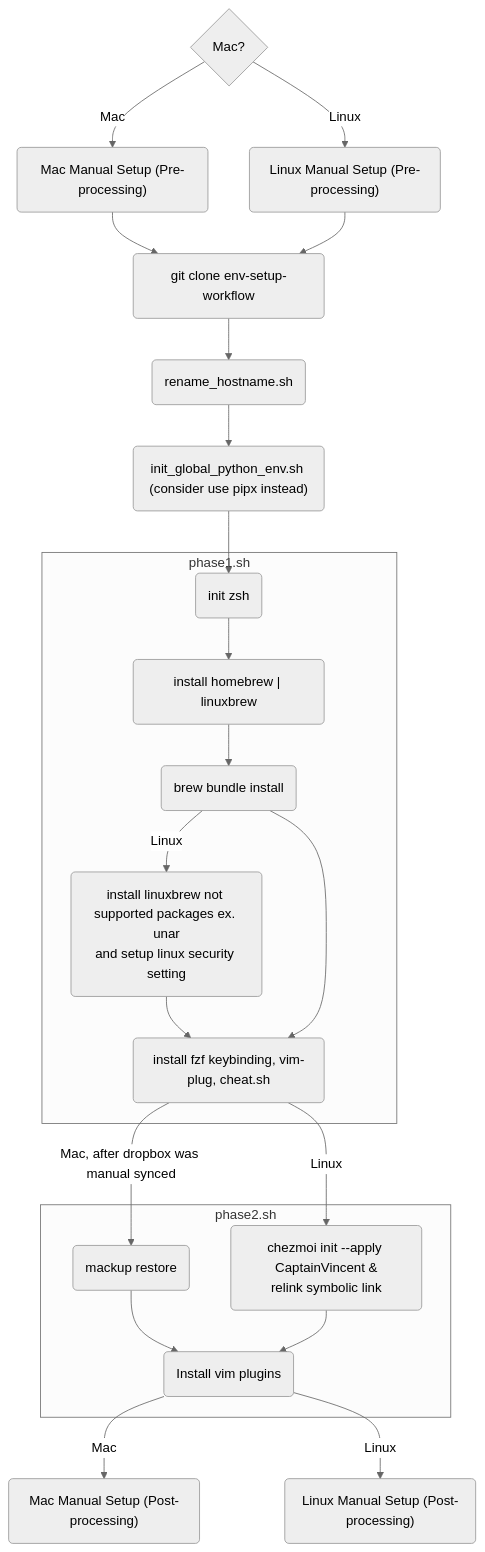
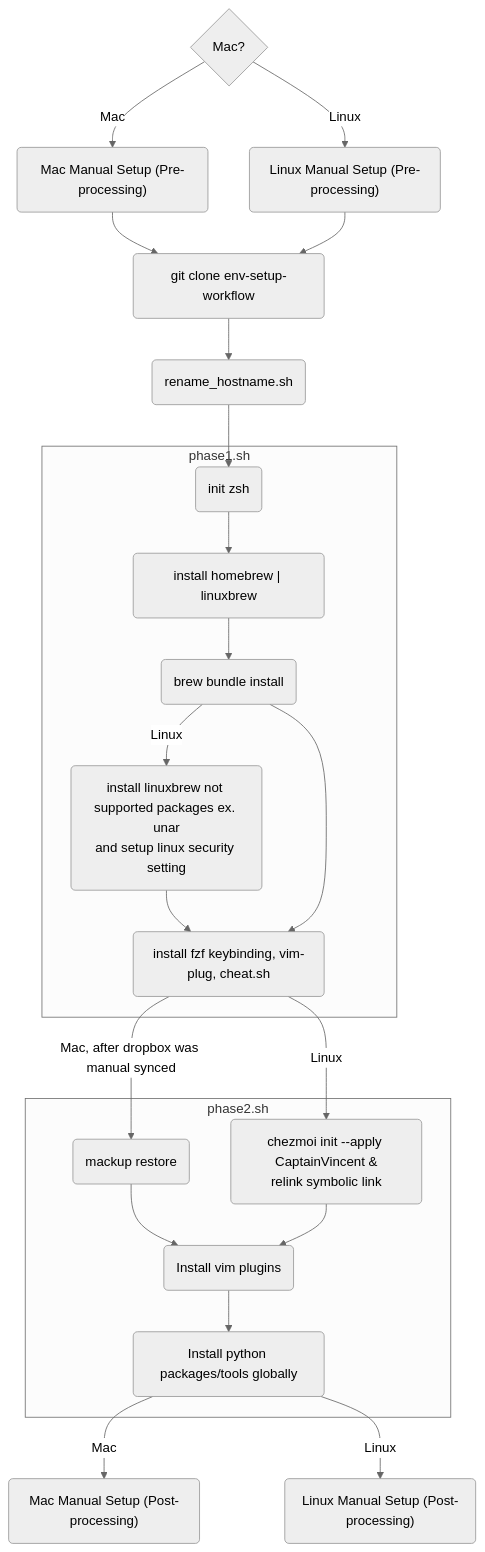
Before and after one commit to CaptainVincent/env-setup-workflow: the diagram in docs/content/docs/subject/_index.md, drawn with Mermaid (neutral theme). The commit also changed 14 other files, not shown here.

Commit message:
Add setup python env workflow and update doc

```diff
--- a/docs/content/docs/subject/_index.md
+++ b/docs/content/docs/subject/_index.md
@@ -11,25 +11,25 @@
 {{<mermaid align="left">}}
 graph TD
   A{Mac?} --> |Mac| B("Mac Manual Setup (Pre-processing)")
   A{Mac?} --> |Linux| C("Linux Manual Setup (Pre-processing)")
   B --> D(git clone env-setup-workflow)
   C --> D
   D --> E(rename_hostname.sh)
-  E --> F("init_global_python_env.sh (consider use pipx instead)")
-  F --> G(init zsh)
+  E --> G(init zsh)
   subgraph phase1.sh
   G --> H("install homebrew | linuxbrew")
   H --> I(brew bundle install)
   I --> |Linux| J(install linuxbrew not supported packages ex. unar<br>and setup linux security setting)
   J --> K(install fzf keybinding, vim-plug, cheat.sh)
   I --> K
   end
   subgraph phase2.sh
   K --> |Mac, after dropbox was manual synced| L(mackup restore)
   K --> |Linux| M(chezmoi init --apply CaptainVincent &<br>relink symbolic link)
-  L --> N(Install vim plugins)
-  M --> N
+  L --> N1(Install vim plugins)
+  M --> N1
+  N1 --> N2("Install python packages/tools globally")
   end
-  N --> |Mac| O("Mac Manual Setup (Post-processing)")
-  N --> |Linux| P("Linux Manual Setup (Post-processing)")
+  N2 --> |Mac| O("Mac Manual Setup (Post-processing)")
+  N2 --> |Linux| P("Linux Manual Setup (Post-processing)")
 {{< /mermaid >}}
```
